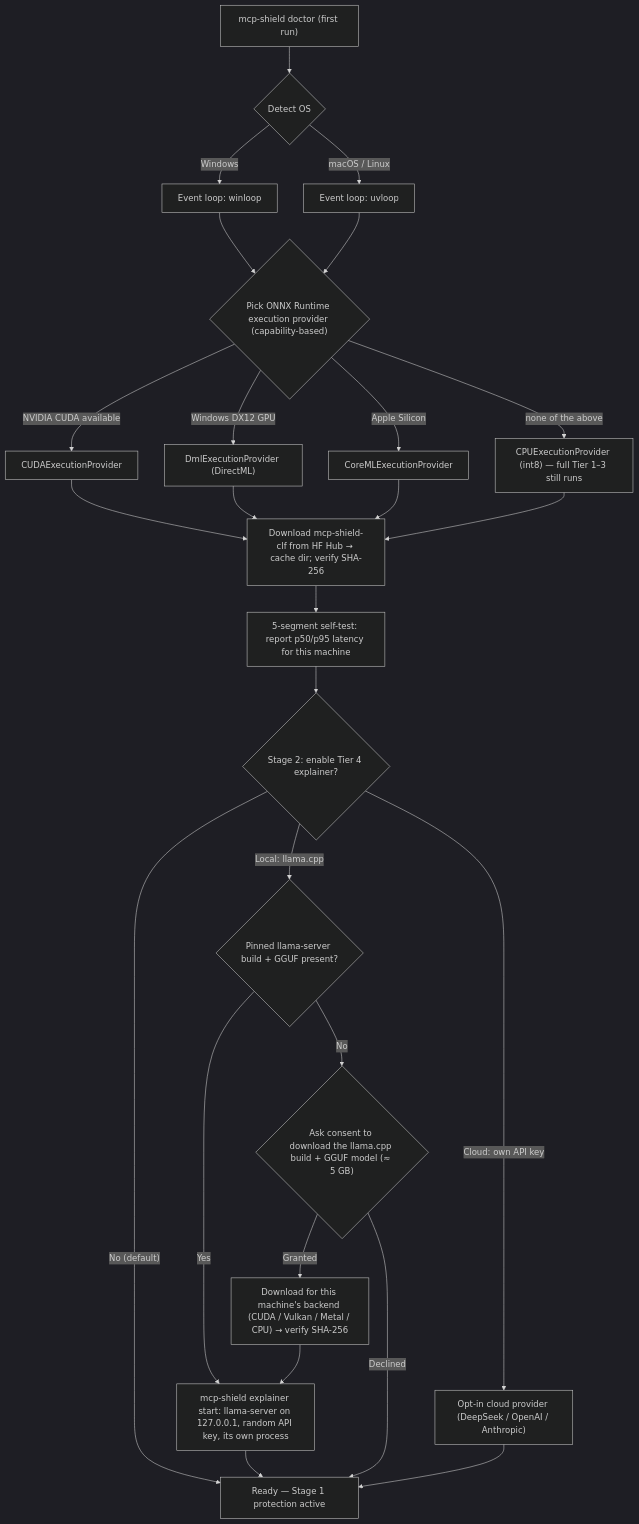
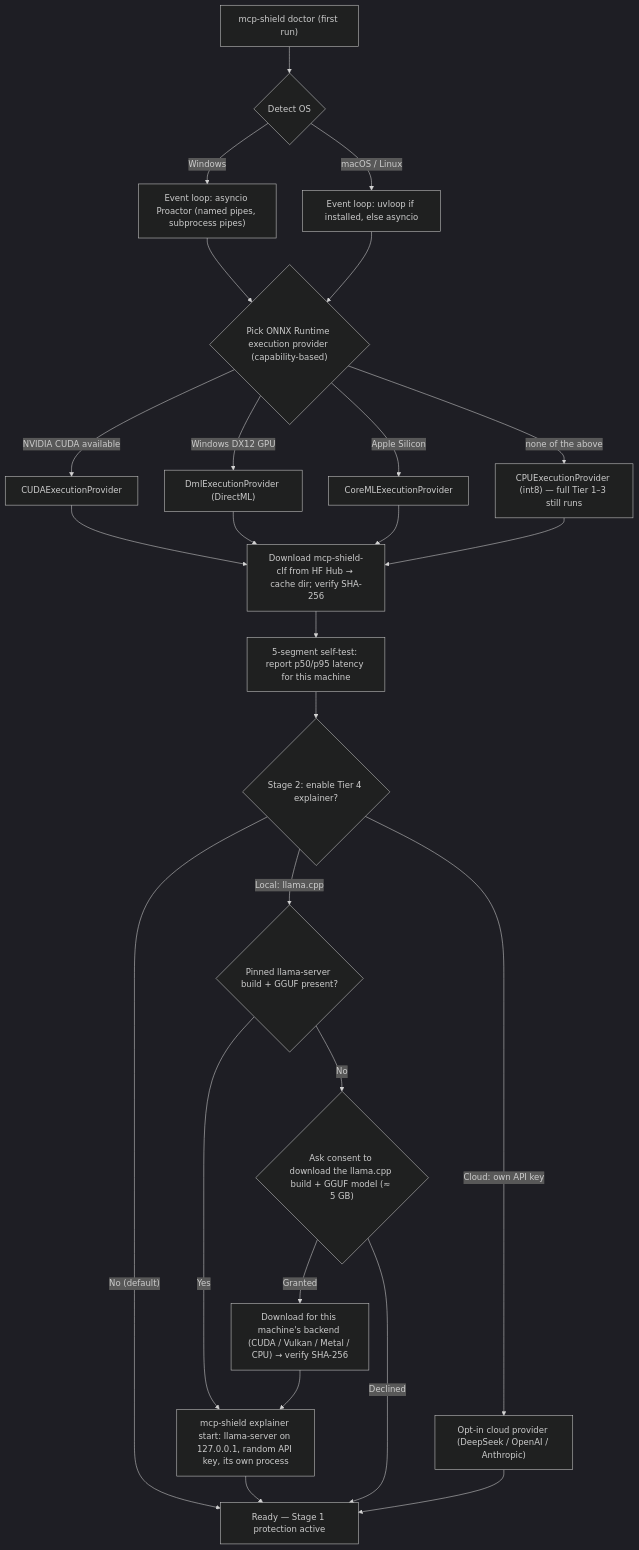
One commit to rishikeshvarma/MCP-Shield changed the third of 5 diagrams in 07 - Model Distribution, PyPI Packaging & Local Dashboard.md. Above: the diagram before and after it, drawn with Mermaid (dark theme). The commit also changed other lines of this file and 18 other files, not shown here.

````diff
--- a/07 - Model Distribution, PyPI Packaging & Local Dashboard.md
+++ b/07 - Model Distribution, PyPI Packaging & Local Dashboard.md
@@ -245,30 +245,30 @@
 ```mermaid
 graph TD
     Start["mcp-shield doctor (first run)"] --> OS{"Detect OS"}
-    OS -->|Windows| WLoop["Event loop: winloop"]
-    OS -->|macOS / Linux| ULoop["Event loop: uvloop"]
+    OS -->|Windows| WLoop["Event loop: asyncio Proactor (named pipes, subprocess pipes)"]
+    OS -->|macOS / Linux| ULoop["Event loop: uvloop if installed, else asyncio"]
 
     WLoop --> EP{"Pick ONNX Runtime execution provider (capability-based)"}
     ULoop --> EP
     EP -->|"NVIDIA CUDA available"| CUDA["CUDAExecutionProvider"]
     EP -->|"Windows DX12 GPU"| DML["DmlExecutionProvider (DirectML)"]
     EP -->|"Apple Silicon"| CoreML["CoreMLExecutionProvider"]
     EP -->|"none of the above"| CPU["CPUExecutionProvider (int8) — full Tier 1–3 still runs"]
 
     CUDA --> Pull["Download mcp-shield-clf from HF Hub → cache dir; verify SHA-256"]
     DML --> Pull
     CoreML --> Pull
     CPU --> Pull
     Pull --> Bench["5-segment self-test: report p50/p95 latency for this machine"]
 
     Bench --> Explainer{"Stage 2: enable Tier 4 explainer?"}
     Explainer -->|"No (default)"| Done["Ready — Stage 1 protection active"]
     Explainer -->|"Local: llama.cpp"| Have{"Pinned llama-server build + GGUF present?"}
     Have -->|Yes| LlamaYes["mcp-shield explainer start: llama-server on 127.0.0.1, random API key, its own process"]
     Have -->|No| Consent{"Ask consent to download the llama.cpp build + GGUF model (≈ 5 GB)"}
     Consent -->|Granted| Fetch["Download for this machine's backend (CUDA / Vulkan / Metal / CPU) → verify SHA-256"] --> LlamaYes
     Consent -->|Declined| Done
     Explainer -->|"Cloud: own API key"| Cloud["Opt-in cloud provider (DeepSeek / OpenAI / Anthropic)"]
     LlamaYes --> Done
     Cloud --> Done
 ```
````
